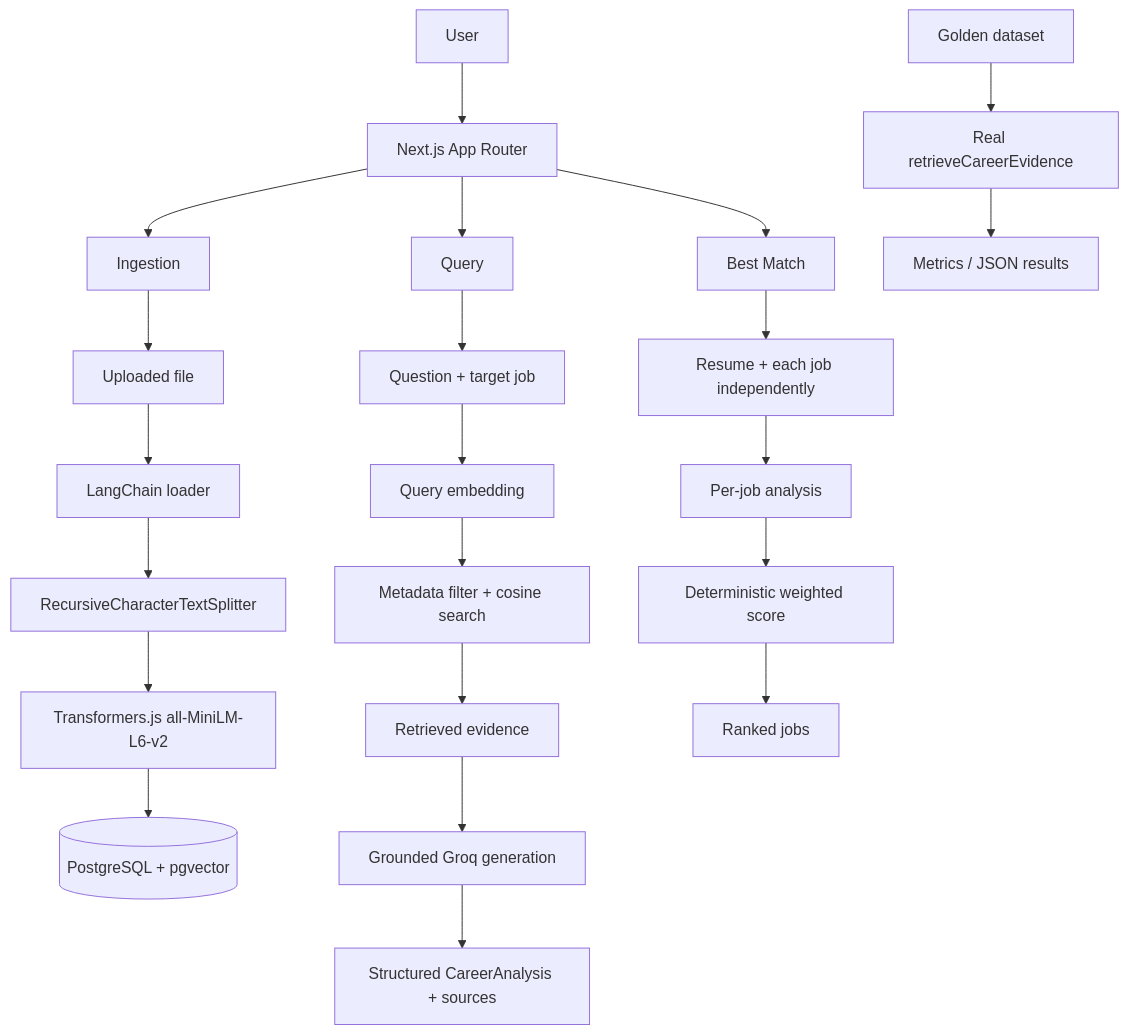
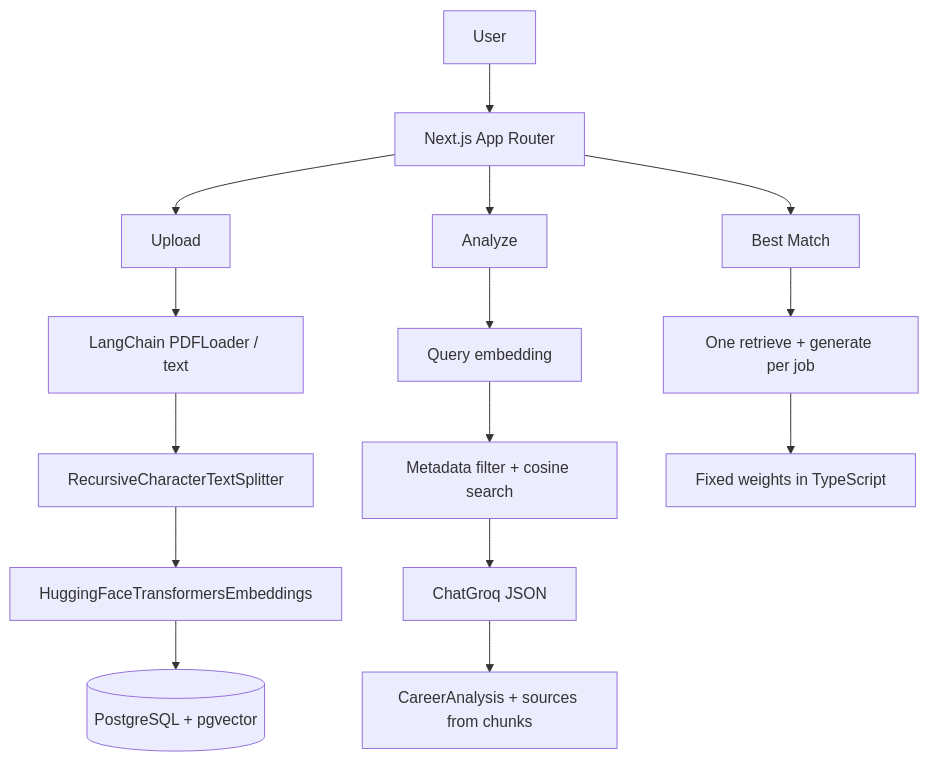
The diagram in docs/architecture.md (Parteek11/career-intelligence-assistant), drawn with Mermaid before and after one commit. The commit also changed other lines of this file and 90 other files, not shown here.

````diff
--- a/docs/architecture.md
+++ b/docs/architecture.md
@@ -37,28 +29,20 @@
 ```mermaid
 flowchart TD
   User --> NextJS[Next.js App Router]
-  NextJS --> IngestPath[Ingestion]
-  NextJS --> QueryPath[Query]
+  NextJS --> IngestPath[Upload]
+  NextJS --> QueryPath[Analyze]
   NextJS --> BestMatchPath[Best Match]
 
-  IngestPath --> File[Uploaded file]
-  File --> Loader[LangChain loader]
+  IngestPath --> Loader[LangChain PDFLoader / text]
   Loader --> Splitter[RecursiveCharacterTextSplitter]
-  Splitter --> Embed[Transformers.js all-MiniLM-L6-v2]
+  Splitter --> Embed[HuggingFaceTransformersEmbeddings]
   Embed --> PG[(PostgreSQL + pgvector)]
 
-  QueryPath --> Question[Question + target job]
-  Question --> QEmbed[Query embedding]
+  QueryPath --> QEmbed[Query embedding]
   QEmbed --> Filter[Metadata filter + cosine search]
-  Filter --> Evidence[Retrieved evidence]
-  Evidence --> Groq[Grounded Groq generation]
-  Groq --> Structured[Structured CareerAnalysis + sources]
+  Filter --> Groq[ChatGroq JSON]
+  Groq --> Structured[CareerAnalysis + sources from chunks]
 
-  BestMatchPath --> PerJob[Resume + each job independently]
-  PerJob --> Analysis[Per-job analysis]
-  Analysis --> Score[Deterministic weighted score]
-  Score --> Rank[Ranked jobs]
-
-  Eval[Golden dataset] --> Retriever[Real retrieveCareerEvidence]
-  Retriever --> Metrics[Metrics / JSON results]
+  BestMatchPath --> PerJob[One retrieve + generate per job]
+  PerJob --> Score[Fixed weights in TypeScript]
 ```
````
